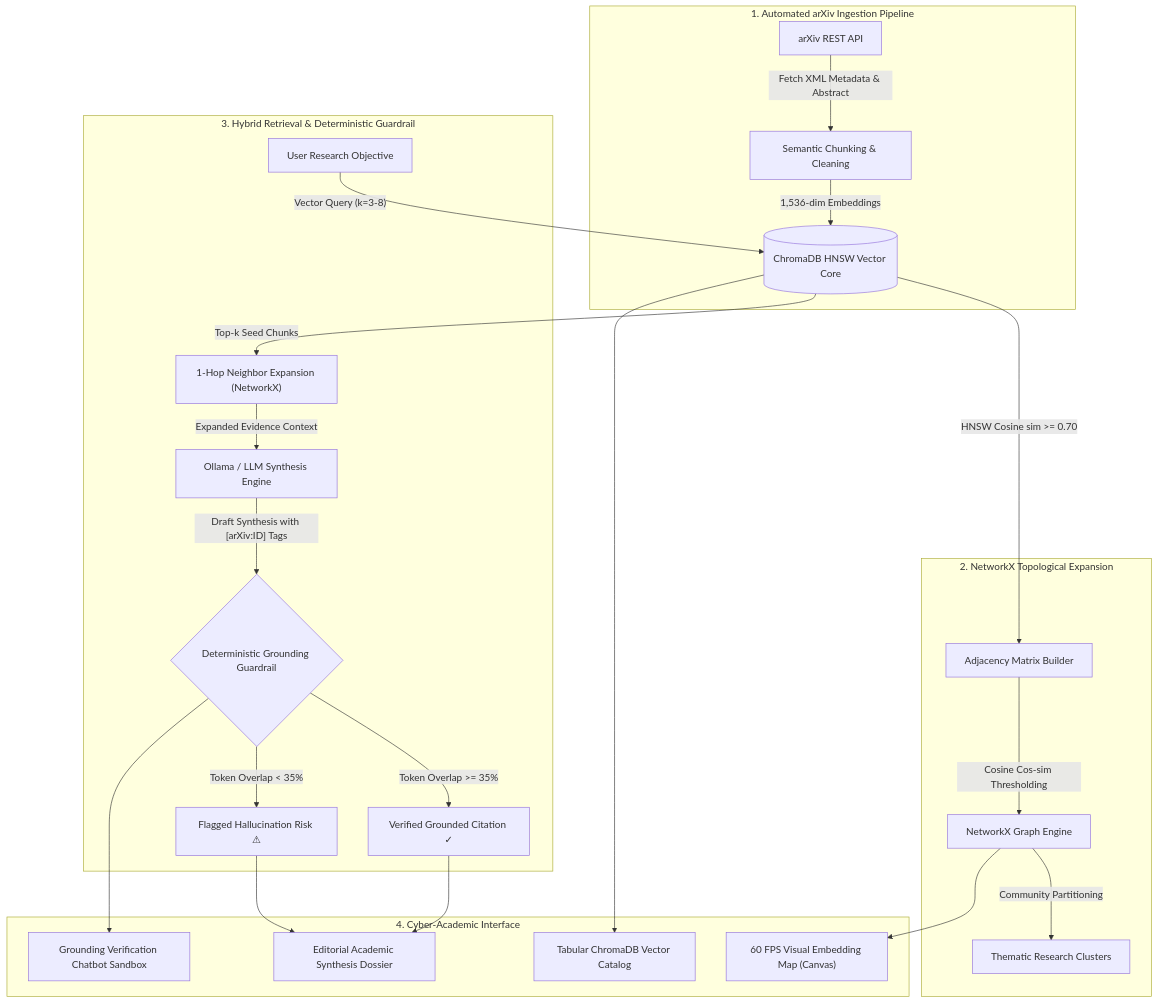
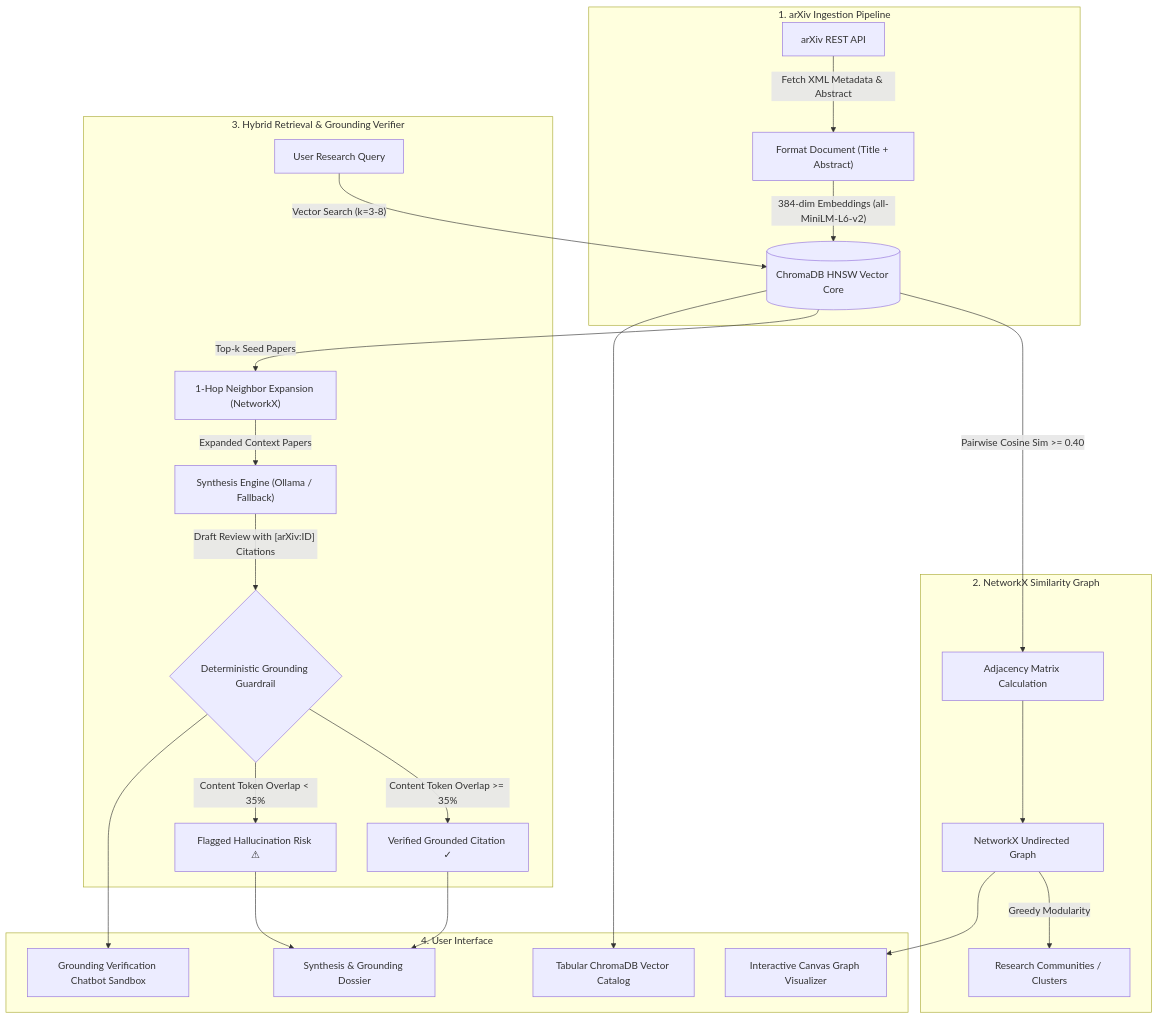
Before and after one commit to sanidhyaagrawal17/paperpulse-ai: the first of 2 diagrams in README.md, drawn with Mermaid. The commit also changed other lines of this file and 1 other file, not shown here.

Commit message:
docs: correct embedding dimension to 384-dim (all-MiniLM-L6-v2), update directory manifest, and tone down documentation

````diff
--- a/README.md
+++ b/README.md
@@ -41,29 +41,29 @@
 ```mermaid
 flowchart TD
-    subgraph Ingestion ["1. Automated arXiv Ingestion Pipeline"]
-        A["arXiv REST API"] -->|"Fetch XML Metadata & Abstract"| B["Semantic Chunking & Cleaning"]
-        B -->|"1,536-dim Embeddings"| C[("ChromaDB HNSW Vector Core")]
+    subgraph Ingestion ["1. arXiv Ingestion Pipeline"]
+        A["arXiv REST API"] -->|"Fetch XML Metadata & Abstract"| B["Format Document (Title + Abstract)"]
+        B -->|"384-dim Embeddings (all-MiniLM-L6-v2)"| C[("ChromaDB HNSW Vector Core")]
     end
 
-    subgraph Topology ["2. NetworkX Topological Expansion"]
-        C -->|"HNSW Cosine sim >= 0.70"| D["Adjacency Matrix Builder"]
-        D -->|"Cosine Cos-sim Thresholding"| E["NetworkX Graph Engine"]
-        E -->|"Community Partitioning"| F["Thematic Research Clusters"]
+    subgraph Topology ["2. NetworkX Similarity Graph"]
+        C -->|"Pairwise Cosine Sim >= 0.40"| D["Adjacency Matrix Calculation"]
+        D --> E["NetworkX Undirected Graph"]
+        E -->|"Greedy Modularity"| F["Research Communities / Clusters"]
     end
 
-    subgraph Synthesis ["3. Hybrid Retrieval & Deterministic Guardrail"]
-        G["User Research Objective"] -->|"Vector Query (k=3-8)"| C
-        C -->|"Top-k Seed Chunks"| H["1-Hop Neighbor Expansion (NetworkX)"]
-        H -->|"Expanded Evidence Context"| I["Ollama / LLM Synthesis Engine"]
-        I -->|"Draft Synthesis with [arXiv:ID] Tags"| J{"Deterministic Grounding Guardrail"}
-        J -->|"Token Overlap >= 35%"| K["Verified Grounded Citation ✓"]
-        J -->|"Token Overlap < 35%"| L["Flagged Hallucination Risk ⚠"]
+    subgraph Synthesis ["3. Hybrid Retrieval & Grounding Verifier"]
+        G["User Research Query"] -->|"Vector Search (k=3-8)"| C
+        C -->|"Top-k Seed Papers"| H["1-Hop Neighbor Expansion (NetworkX)"]
+        H -->|"Expanded Context Papers"| I["Synthesis Engine (Ollama / Fallback)"]
+        I -->|"Draft Review with [arXiv:ID] Citations"| J{"Deterministic Grounding Guardrail"}
+        J -->|"Content Token Overlap >= 35%"| K["Verified Grounded Citation ✓"]
+        J -->|"Content Token Overlap < 35%"| L["Flagged Hallucination Risk ⚠"]
     end
 
-    subgraph Presentation ["4. Cyber-Academic Interface"]
-        K & L --> M["Editorial Academic Synthesis Dossier"]
-        E --> N["60 FPS Visual Embedding Map (Canvas)"]
+    subgraph Interface ["4. User Interface"]
+        K & L --> M["Synthesis & Grounding Dossier"]
+        E --> N["Interactive Canvas Graph Visualizer"]
         C --> O["Tabular ChromaDB Vector Catalog"]
         J --> P["Grounding Verification Chatbot Sandbox"]
     end
 ```
````
